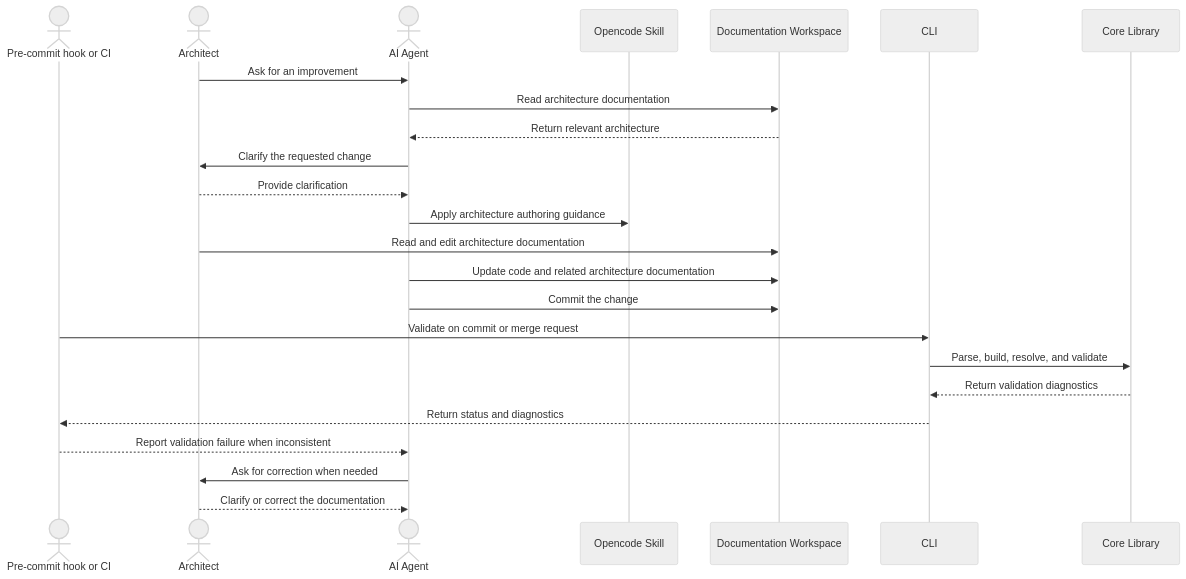
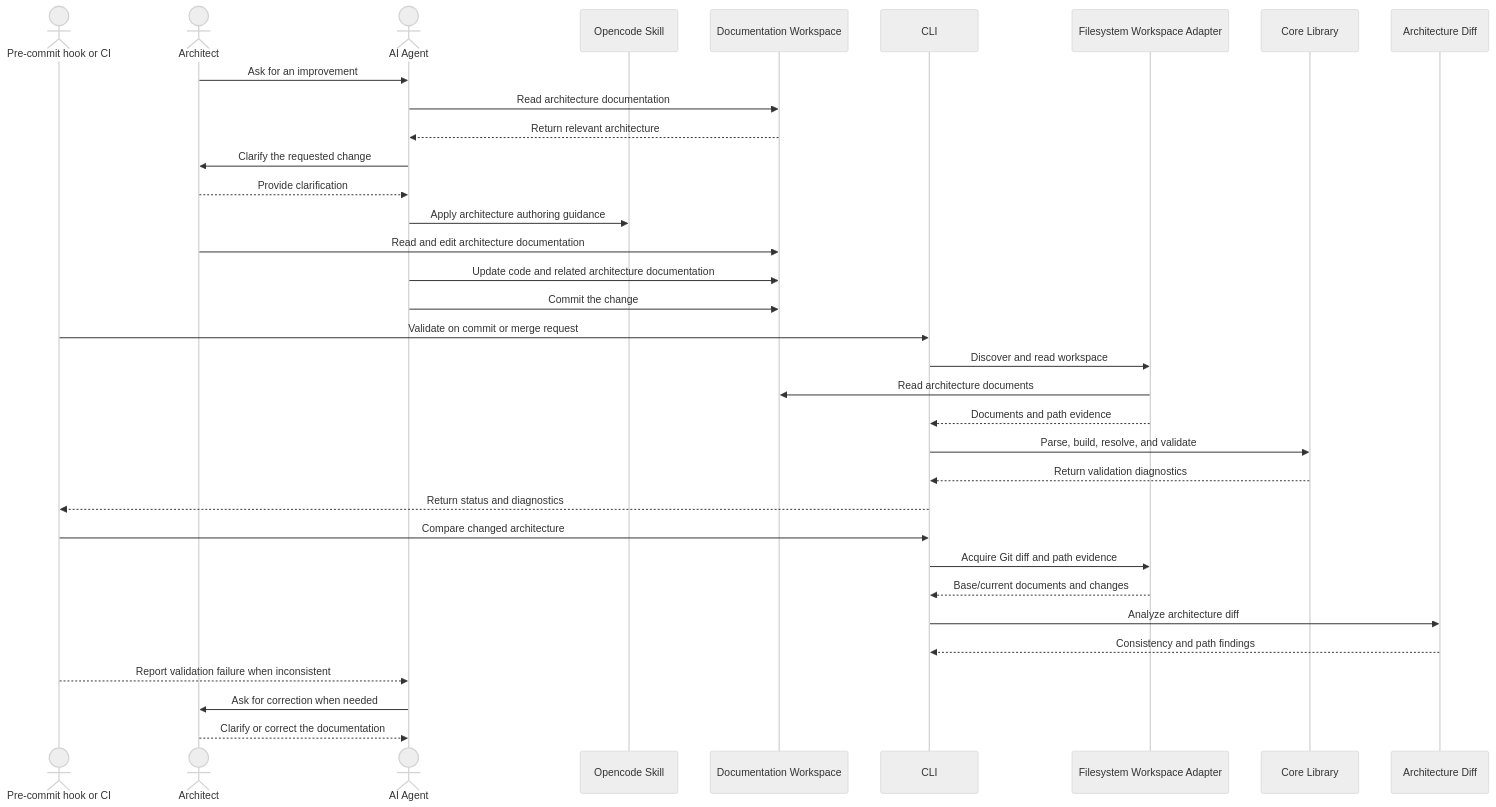
One commit to docToolchain/arc42-language changed the first of 3 diagrams in docs/arc42/06-runtime-view.arc42.md. Above: the diagram before and after it, drawn with Mermaid (neutral theme). The commit also changed other lines of this file and 52 other files, not shown here.

````diff
--- a/docs/arc42/06-runtime-view.arc42.md
+++ b/docs/arc42/06-runtime-view.arc42.md
@@ -25,27 +25,37 @@
 ```mermaid
 sequenceDiagram
     actor actor_ci as Pre-commit hook or CI
     actor actor_architect as Architect
     actor actor_agent as AI Agent
     participant bb_skill as Opencode Skill
     participant bb_workspace as Documentation Workspace
     participant bb_cli as CLI
+    participant bb_workspace_fs as Filesystem Workspace Adapter
     participant bb_core as Core Library
+    participant bb_diff as Architecture Diff
 
     actor_architect->>actor_agent: Ask for an improvement
     actor_agent->>bb_workspace: Read architecture documentation
     bb_workspace-->>actor_agent: Return relevant architecture
     actor_agent->>actor_architect: Clarify the requested change
     actor_architect-->>actor_agent: Provide clarification
     actor_agent->>bb_skill: Apply architecture authoring guidance
     actor_architect->>bb_workspace: Read and edit architecture documentation
     actor_agent->>bb_workspace: Update code and related architecture documentation
     actor_agent->>bb_workspace: Commit the change
     actor_ci->>bb_cli: Validate on commit or merge request
+    bb_cli->>bb_workspace_fs: Discover and read workspace
+    bb_workspace_fs->>bb_workspace: Read architecture documents
+    bb_workspace_fs-->>bb_cli: Documents and path evidence
     bb_cli->>bb_core: Parse, build, resolve, and validate
     bb_core-->>bb_cli: Return validation diagnostics
     bb_cli-->>actor_ci: Return status and diagnostics
+    actor_ci->>bb_cli: Compare changed architecture
+    bb_cli->>bb_workspace_fs: Acquire Git diff and path evidence
+    bb_workspace_fs-->>bb_cli: Base/current documents and changes
+    bb_cli->>bb_diff: Analyze architecture diff
+    bb_diff-->>bb_cli: Consistency and path findings
     actor_ci-->>actor_agent: Report validation failure when inconsistent
     actor_agent->>actor_architect: Ask for correction when needed
     actor_architect-->>actor_agent: Clarify or correct the documentation
 ```
````
